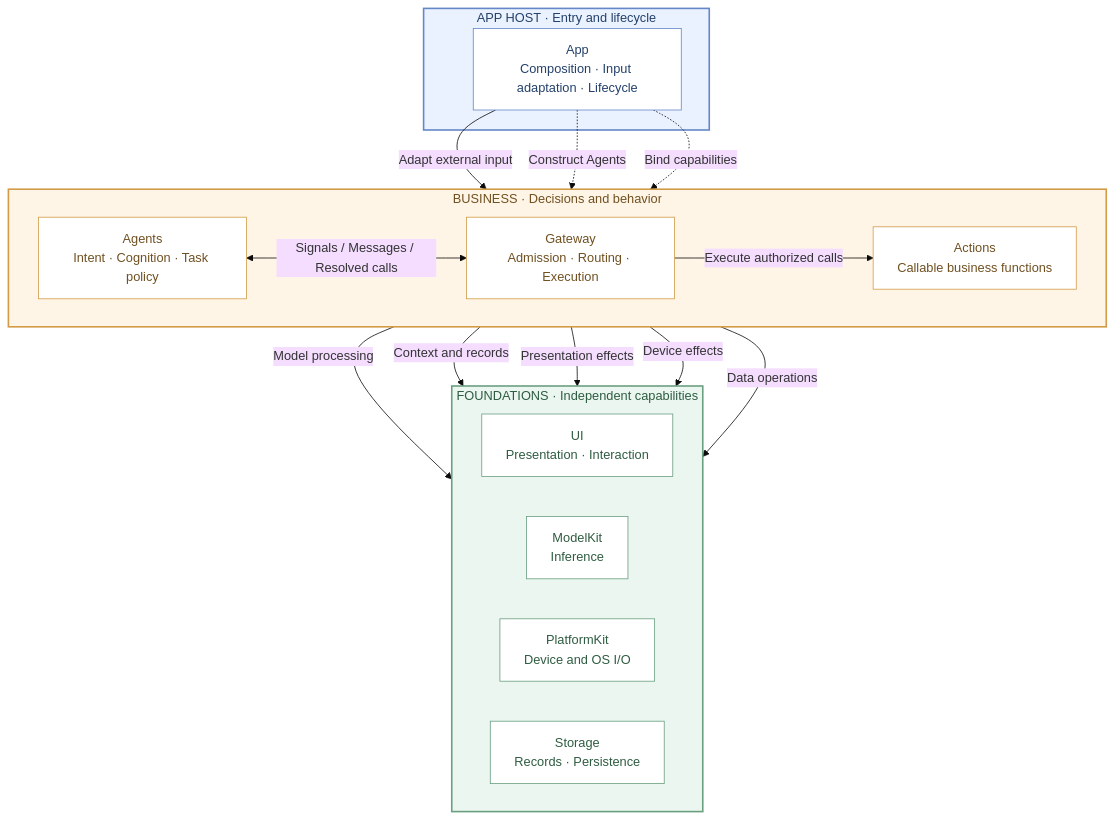
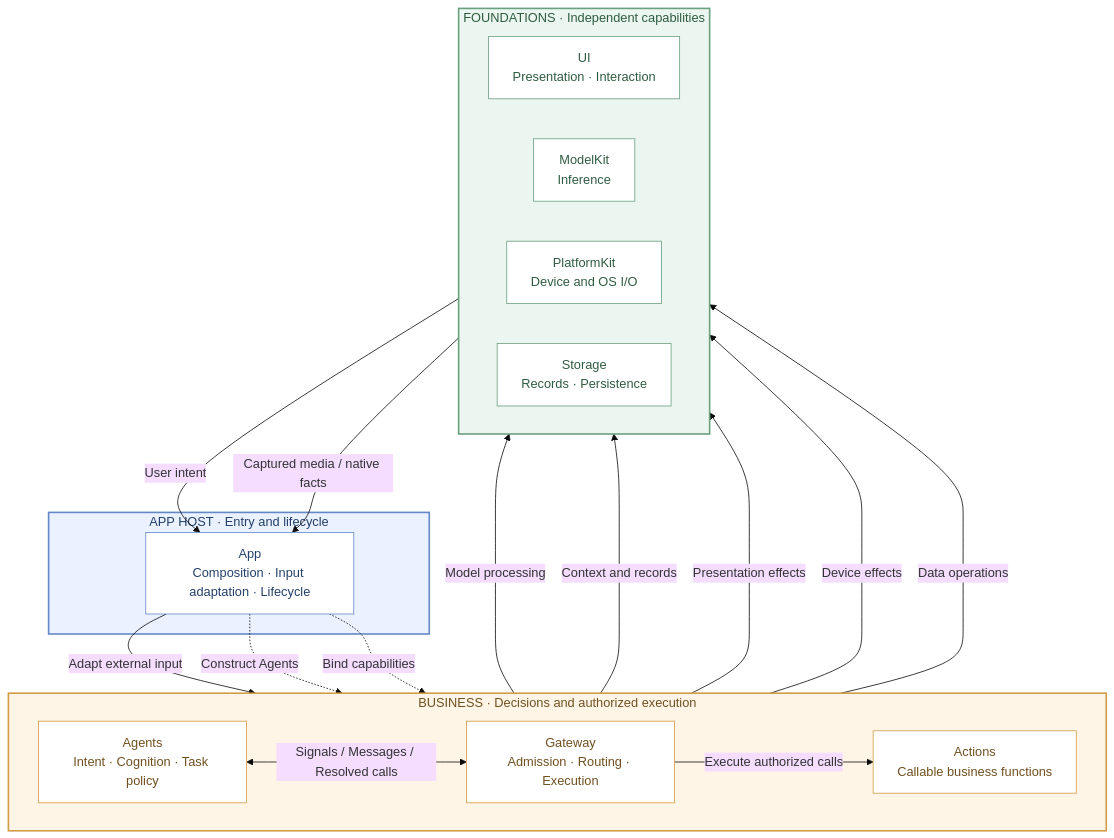
The first of 29 diagrams in MobileHarness/README.md (devilyouwei/MobileHarness), drawn with Mermaid (base theme) before and after one commit. The commit also changed other lines of this file and 201 other files, not shown here.

````diff
--- a/MobileHarness/README.md
+++ b/MobileHarness/README.md
@@ -29,43 +27,45 @@
 ```mermaid
 flowchart TB
     subgraph Host["APP HOST · Entry and lifecycle"]
         App["App<br/>Composition · Input adaptation · Lifecycle"]
     end
 
-    subgraph Business["BUSINESS · Decisions and behavior"]
+    subgraph Business["BUSINESS · Decisions and authorized execution"]
         direction LR
         Agents["Agents<br/>Intent · Cognition · Task policy"]
         Gateway["Gateway<br/>Admission · Routing · Execution"]
         Actions["Actions<br/>Callable business functions"]
     end
 
     subgraph Foundations["FOUNDATIONS · Independent capabilities"]
         direction LR
         UI["UI<br/>Presentation · Interaction"]
         ModelKit["ModelKit<br/>Inference"]
         PlatformKit["PlatformKit<br/>Device and OS I/O"]
         Storage["Storage<br/>Records · Persistence"]
     end
 
+    UI -->|User intent| App
+    PlatformKit -->|Captured media / native facts| App
     App -->|Adapt external input| Gateway
     App -.->|Construct Agents| Agents
     App -.->|Bind capabilities| Actions
 
     Agents <-->|Signals / Messages / Resolved calls| Gateway
     Gateway -->|Execute authorized calls| Actions
     Agents -->|Model processing| ModelKit
     Agents -->|Context and records| Storage
     Actions -->|Presentation effects| UI
     Actions -->|Device effects| PlatformKit
     Actions -->|Data operations| Storage
 
     style Host fill:#eaf1ff,stroke:#6487c7,stroke-width:2px,color:#24416b
     style Business fill:#fff5e6,stroke:#d39b46,stroke-width:2px,color:#705021
     style Foundations fill:#eaf6ef,stroke:#6a9f80,stroke-width:2px,color:#2f5c41
     classDef host fill:#ffffff,stroke:#6487c7,color:#24416b
     classDef business fill:#ffffff,stroke:#d39b46,color:#705021
     classDef foundation fill:#ffffff,stroke:#6a9f80,color:#2f5c41
     class App host
     class Agents,Gateway,Actions business
     class UI,ModelKit,PlatformKit,Storage foundation
 ```
````
